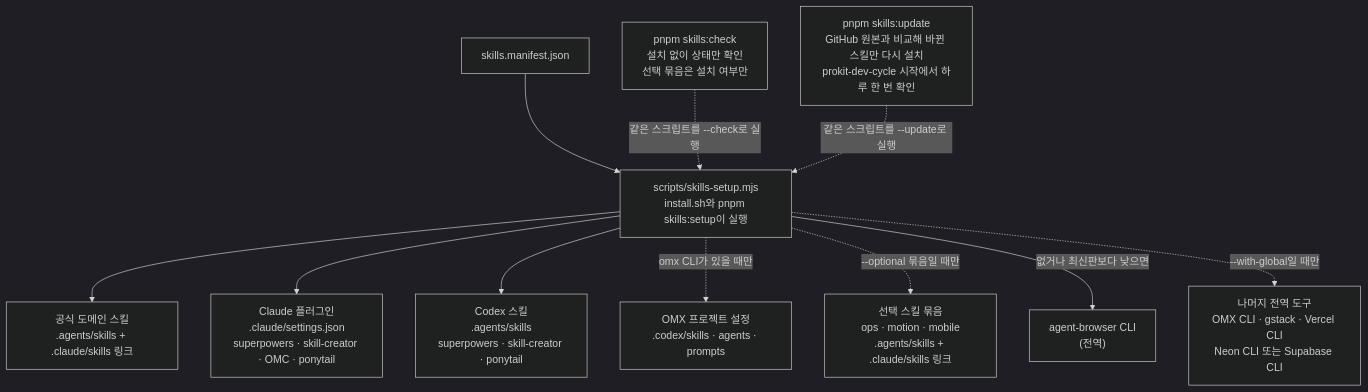
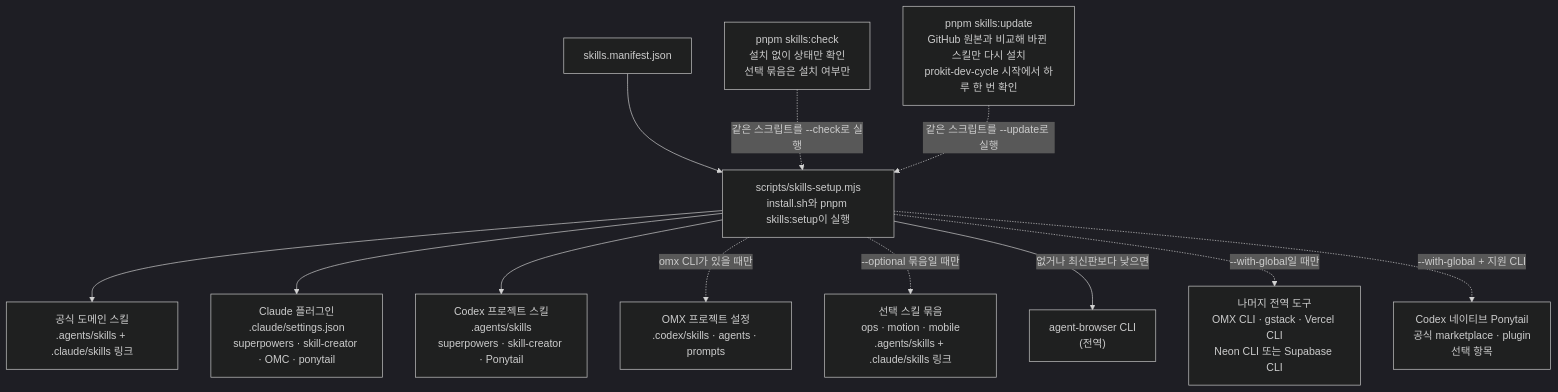
The diagram in handbook/skills/install-and-update.md (roadkwon-ai/pro-kit), drawn with Mermaid (dark theme) before and after one commit. The commit also changed other lines of this file and 205 other files, not shown here.

````diff
--- a/handbook/skills/install-and-update.md
+++ b/handbook/skills/install-and-update.md
@@ -7,13 +7,14 @@
 ```mermaid
 flowchart TD
   M["skills.manifest.json"] --> S["scripts/skills-setup.mjs<br/>install.sh와 pnpm skills:setup이 실행"]
   S --> P1["공식 도메인 스킬<br/>.agents/skills + .claude/skills 링크"]
   S --> P2["Claude 플러그인<br/>.claude/settings.json<br/>superpowers · skill-creator · OMC · ponytail"]
-  S --> P3["Codex 스킬<br/>.agents/skills<br/>superpowers · skill-creator · ponytail"]
+  S --> P3["Codex 프로젝트 스킬<br/>.agents/skills<br/>superpowers · skill-creator · Ponytail"]
   S -.->|"omx CLI가 있을 때만"| P4["OMX 프로젝트 설정<br/>.codex/skills · agents · prompts"]
   S -.->|"--optional 묶음일 때만"| OPT["선택 스킬 묶음<br/>ops · motion · mobile<br/>.agents/skills + .claude/skills 링크"]
   S -->|"없거나 최신판보다 낮으면"| AB["agent-browser CLI<br/>(전역)"]
   S -.->|"--with-global일 때만"| G["나머지 전역 도구<br/>OMX CLI · gstack · Vercel CLI<br/>Neon CLI 또는 Supabase CLI"]
+  S -.->|"--with-global + 지원 CLI"| CP["Codex 네이티브 Ponytail<br/>공식 marketplace · plugin<br/>선택 항목"]
   CHK["pnpm skills:check<br/>설치 없이 상태만 확인<br/>선택 묶음은 설치 여부만"] -.->|"같은 스크립트를 --check로 실행"| S
   UPD["pnpm skills:update<br/>GitHub 원본과 비교해 바뀐 스킬만 다시 설치<br/>prokit-dev-cycle 시작에서 하루 한 번 확인"] -.->|"같은 스크립트를 --update로 실행"| S
 ```
````
